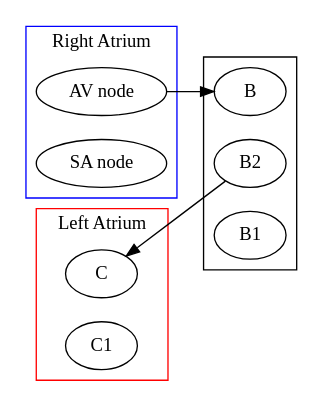
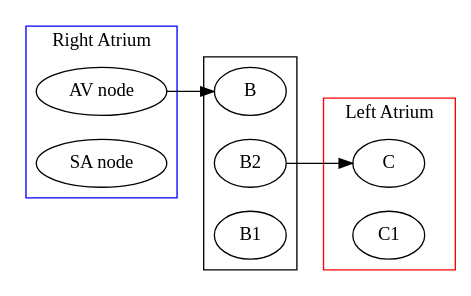
The second of 2 diagrams in NURS380_Practicum/Topics/EKG/EKG and Rhythms.md (meirisoda/school_spring2024), drawn with Graphviz before and after one commit.

Commit message:
vault backup: 2024-02-19 17:56:27

````diff
--- a/NURS380_Practicum/Topics/EKG/EKG and Rhythms.md
+++ b/NURS380_Practicum/Topics/EKG/EKG and Rhythms.md
@@ -209,39 +209,39 @@
 ```dot
 digraph g{
 	rankdir = LR;
 	node [shape = ellipse]
 	
 	A1->B
-	B2->C [constraint=false]
+	B2->C 
 
 	subgraph cluster0{
 		shape=rect;
 		rank=same;
 		color=blue;
 		label="Right Atrium";
 		
 		A [label="SA node"];
 		A1 [label="AV node"];
 		
 		
 	}
 	
 	subgraph cluster1{
 		shape = rect;
 		rank=same;
 		B;
 		B1;
 		B2;
 	}
 
 	subgraph cluster2 {
 		shape=rect;
 		rank=same;
 		color=red;
 		label="Left Atrium";
 		
 		C;
 		C1;
 	}
 }
 ```
````
